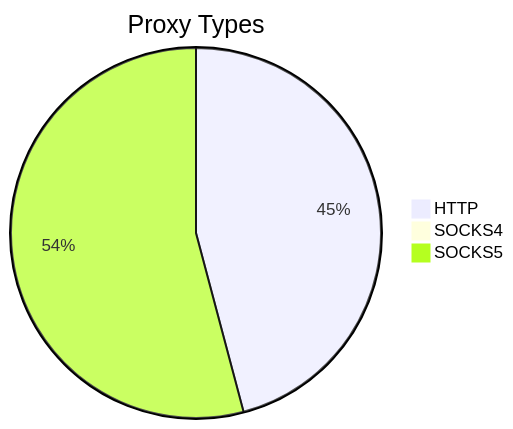
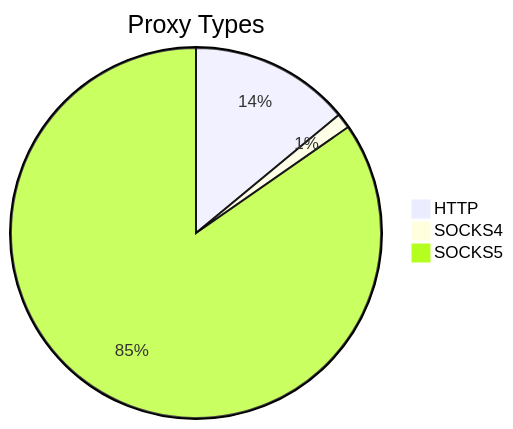
The first of 2 diagrams in README.md (stormsia/proxy-list), drawn with Mermaid before and after one commit. The commit also changed other lines of this file, not shown here.

````diff
--- a/README.md
+++ b/README.md
@@ -21,6 +21,6 @@
 ```mermaid
 pie title Proxy Types
-    "HTTP" : 654
-    "SOCKS4" : 13
-    "SOCKS5" : 772
+    "HTTP" : 890
+    "SOCKS4" : 84
+    "SOCKS5" : 5384
 ```
````
